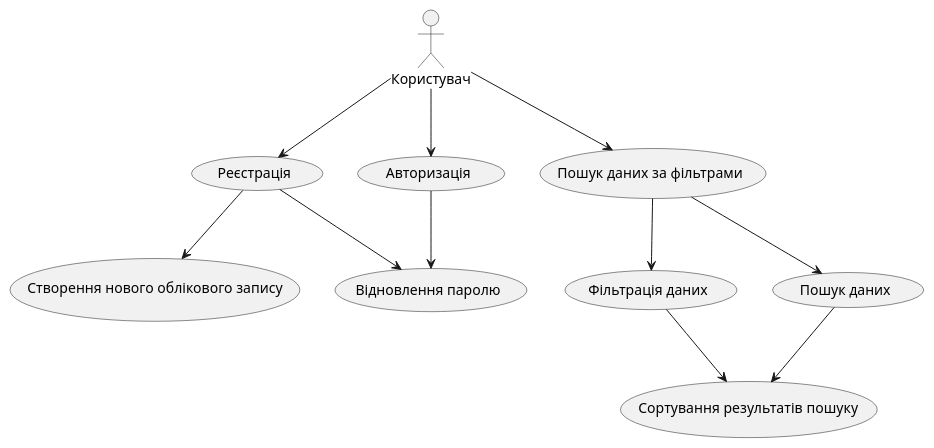
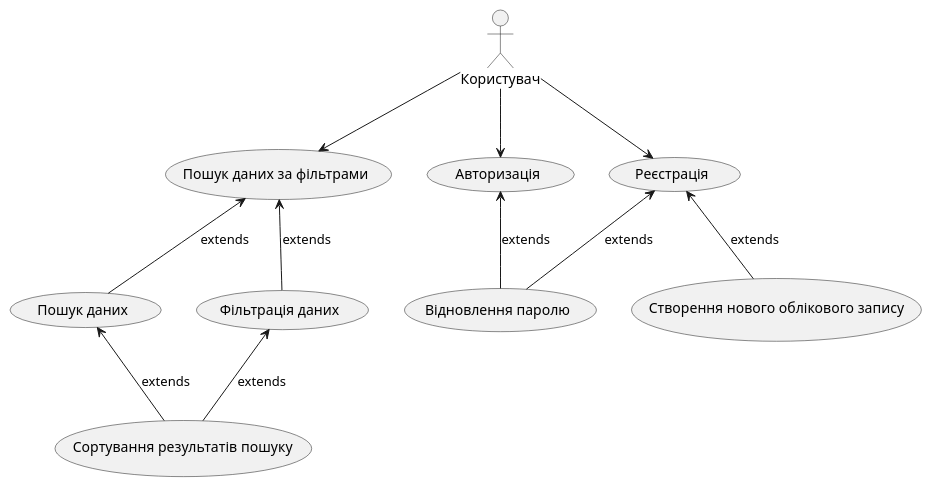
The second of 9 diagrams in docs/use cases/README.md (vladimirkoff/edu_db_labs_team), drawn with PlantUML before and after one commit. The commit also changed other lines of this file, not shown here.

Commit message:
fix diagrams

```diff
--- a/docs/use cases/README.md
+++ b/docs/use cases/README.md
@@ -36,28 +37,28 @@
 @startuml
 
 actor "Користувач" as User
 
 usecase "Реєстрація" as Registration
 usecase "Авторизація" as Login
 usecase "Пошук даних за фільтрами" as SearchWithFilters
 usecase "Сортування результатів пошуку" as SortSearchResults
 usecase "Фільтрація даних" as DataFiltering
 usecase "Пошук даних" as DataSearch
 
 usecase "Створення нового облікового запису" as CreateAccount
 usecase "Відновлення паролю" as PasswordRecovery
 
 User --> Registration
-Registration --> CreateAccount
-Registration --> PasswordRecovery
+CreateAccount -u-> Registration: extends
+PasswordRecovery -u-> Registration: extends
 
 User --> Login
-Login --> PasswordRecovery
+PasswordRecovery -u-> Login: extends
 
 User --> SearchWithFilters
-SearchWithFilters --> DataFiltering
-SearchWithFilters --> DataSearch
-DataFiltering --> SortSearchResults
-DataSearch --> SortSearchResults
+DataFiltering -u-> SearchWithFilters: extends
+DataSearch -u-> SearchWithFilters: extends
+SortSearchResults -u-> DataFiltering: extends
+SortSearchResults -u-> DataSearch: extends
 
 @enduml
```
